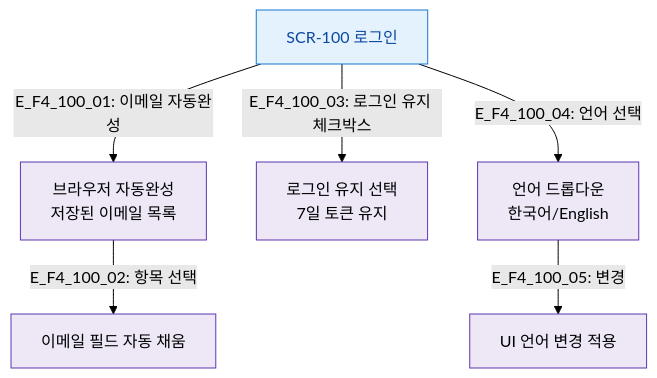
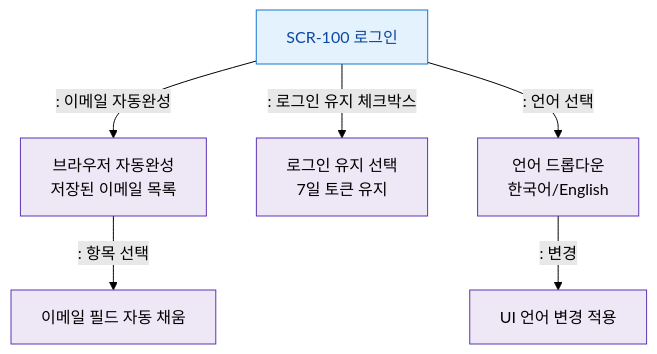
Before and after one commit to dev-spogym/admin-pando: the diagram in docs/다이어그램/D10_본사관리/SCR-100_로그인/F4_필터검색정렬.md, drawn with Mermaid (forest theme). The commit also changed other lines of this file and 1660 other files, not shown here.

First line of the commit message:
다이어그램: 기획자/클라이언트 납품본으로 정리

````diff
--- a/docs/다이어그램/D10_본사관리/SCR-100_로그인/F4_필터검색정렬.md
+++ b/docs/다이어그램/D10_본사관리/SCR-100_로그인/F4_필터검색정렬.md
@@ -14,17 +12,17 @@
 ```mermaid
 flowchart TD
     SCR100[SCR-100 로그인]
 
-    SCR100 -->|"E_F4_100_01: 이메일 자동완성"| AutoComplete[브라우저 자동완성\n저장된 이메일 목록]
-    AutoComplete -->|"E_F4_100_02: 항목 선택"| EmailFill[이메일 필드 자동 채움]
+    SCR100 -->|": 이메일 자동완성"|AutoComplete[브라우저 자동완성\n저장된 이메일 목록]
+    AutoComplete -->|": 항목 선택"|EmailFill[이메일 필드 자동 채움]
 
-    SCR100 -->|"E_F4_100_03: 로그인 유지 체크박스"| RememberMe[로그인 유지 선택\n7일 토큰 유지]
+    SCR100 -->|": 로그인 유지 체크박스"|RememberMe[로그인 유지 선택\n7일 토큰 유지]
 
-    SCR100 -->|"E_F4_100_04: 언어 선택"| LangSelect[언어 드롭다운\n한국어/English]
-    LangSelect -->|"E_F4_100_05: 변경"| LangApply[UI 언어 변경 적용]
+    SCR100 -->|": 언어 선택"|LangSelect[언어 드롭다운\n한국어/English]
+    LangSelect -->|": 변경"|LangApply[UI 언어 변경 적용]
 
     classDef screen fill:#E3F2FD,stroke:#1976D2,color:#0D47A1
     classDef system fill:#EDE7F6,stroke:#5E35B2
     class SCR100 screen
     class AutoComplete,EmailFill,RememberMe,LangSelect,LangApply system
 ```
````
